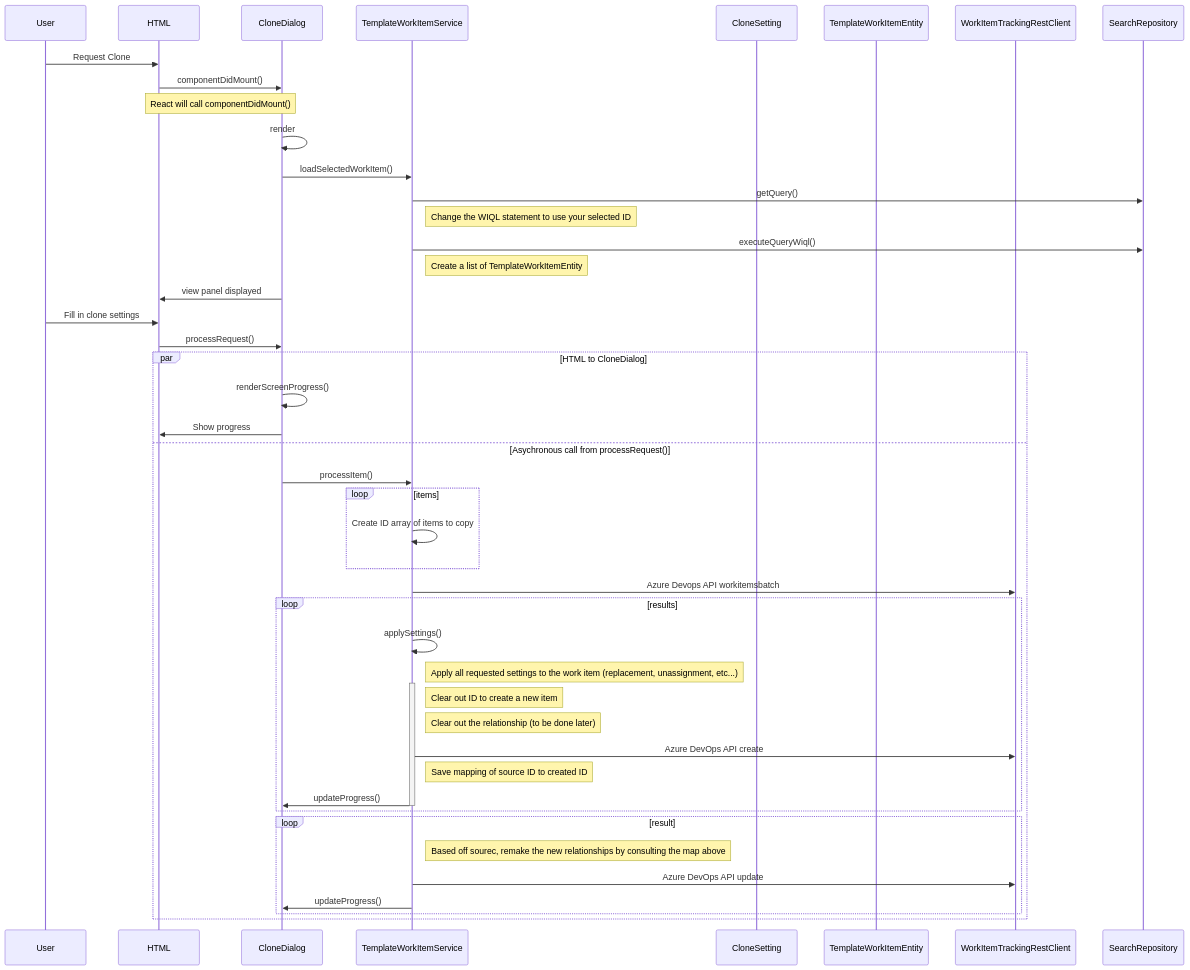
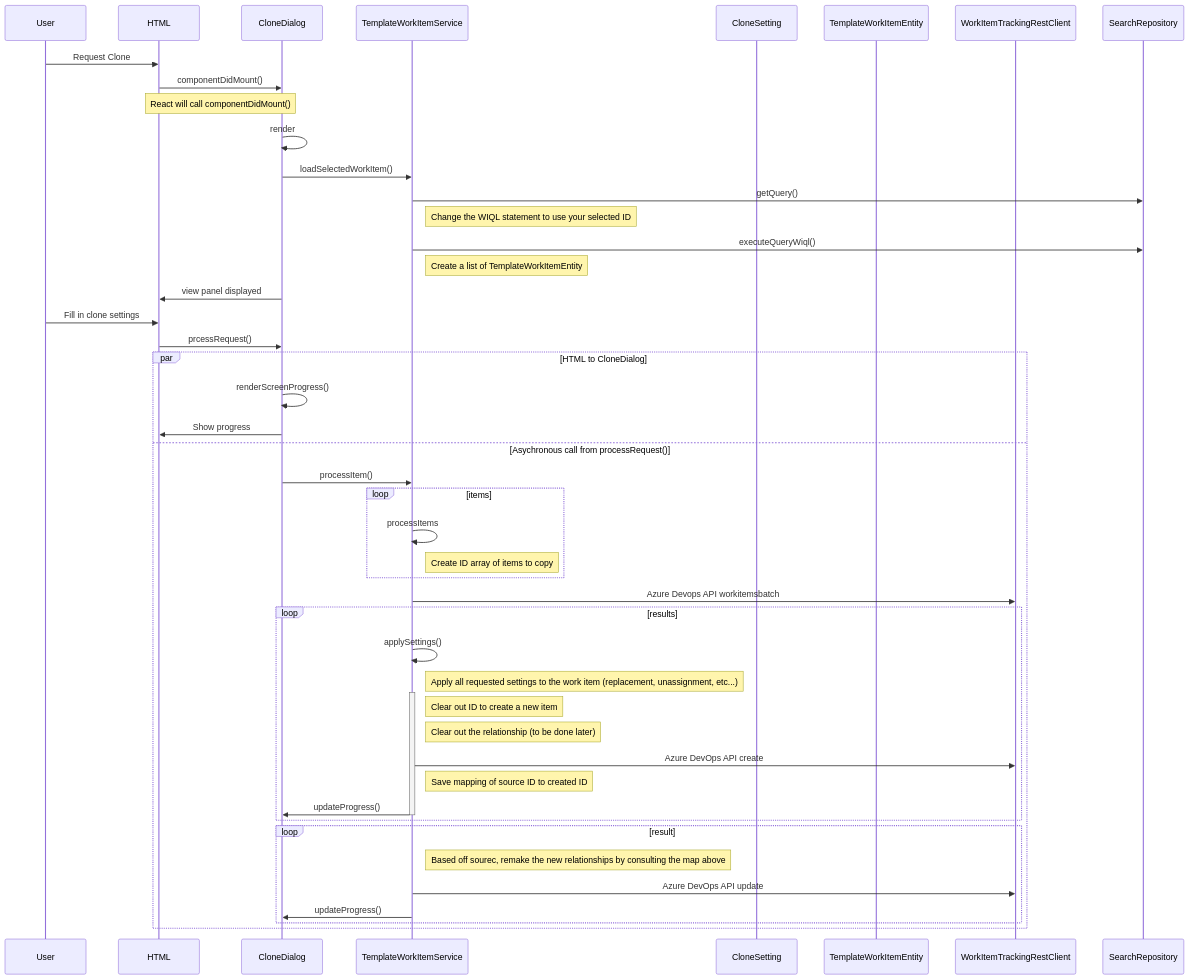
One commit to sara-sabr/rp-azuredevops-templater changed the second of 2 diagrams in documentation/diagrams.md. Above: the diagram before and after it, drawn with Mermaid. The commit also changed 2 other files, not shown here.

Commit message:
updated sequence diagram

````diff
--- a/documentation/diagrams.md
+++ b/documentation/diagrams.md
@@ -63,51 +63,52 @@
 ```mermaid
 sequenceDiagram
     participant User
     participant HTML
     participant CloneDialog
     participant TemplateWorkItemService
     participant CloneSetting
     participant TemplateWorkItemEntity
     participant WorkItemTrackingRestClient 
     participant SearchRepository
 
     User->>HTML: Request Clone
     HTML->>CloneDialog: componentDidMount()
     Note over HTML,CloneDialog: React will call componentDidMount()
     CloneDialog->>CloneDialog: render
     CloneDialog->>TemplateWorkItemService: loadSelectedWorkItem()
     TemplateWorkItemService->>SearchRepository: getQuery()
     Note right of TemplateWorkItemService: Change the WIQL statement to use your selected ID
     TemplateWorkItemService->>SearchRepository:executeQueryWiql() 
     Note right of TemplateWorkItemService: Create a list of TemplateWorkItemEntity    
     CloneDialog->>HTML: view panel displayed
     User->>HTML: Fill in clone settings
-    HTML->>CloneDialog:processRequest()
+    HTML->>CloneDialog:prcessRequest()
     par HTML to CloneDialog
       CloneDialog->>CloneDialog: renderScreenProgress()
       CloneDialog->>HTML: Show progress    
     and Asychronous call from processRequest()
       CloneDialog->>TemplateWorkItemService: processItem()
         loop items
-          TemplateWorkItemService->>TemplateWorkItemService: Create ID array of items to copy
+          TemplateWorkItemService->>TemplateWorkItemService: processItems
+          Note right of TemplateWorkItemService: Create ID array of items to copy
         end
         TemplateWorkItemService->>WorkItemTrackingRestClient: Azure Devops API workitemsbatch
         loop results
           TemplateWorkItemService->>TemplateWorkItemService: applySettings()
           Note right of TemplateWorkItemService: Apply all requested settings to the work item (replacement, unassignment, etc...)
           activate TemplateWorkItemService        
           Note right of TemplateWorkItemService: Clear out ID to create a new item
           Note right of TemplateWorkItemService: Clear out the relationship (to be done later)
           TemplateWorkItemService->>WorkItemTrackingRestClient: Azure DevOps API create
           Note right of TemplateWorkItemService: Save mapping of source ID to created ID
           TemplateWorkItemService->>CloneDialog: updateProgress()
           deactivate TemplateWorkItemService
         end
         loop result
           Note right of TemplateWorkItemService: Based off sourec, remake the new relationships by consulting the map above
           TemplateWorkItemService->>WorkItemTrackingRestClient: Azure DevOps API update
           TemplateWorkItemService->>CloneDialog: updateProgress()
         end                                
     end
     
 ```
````
